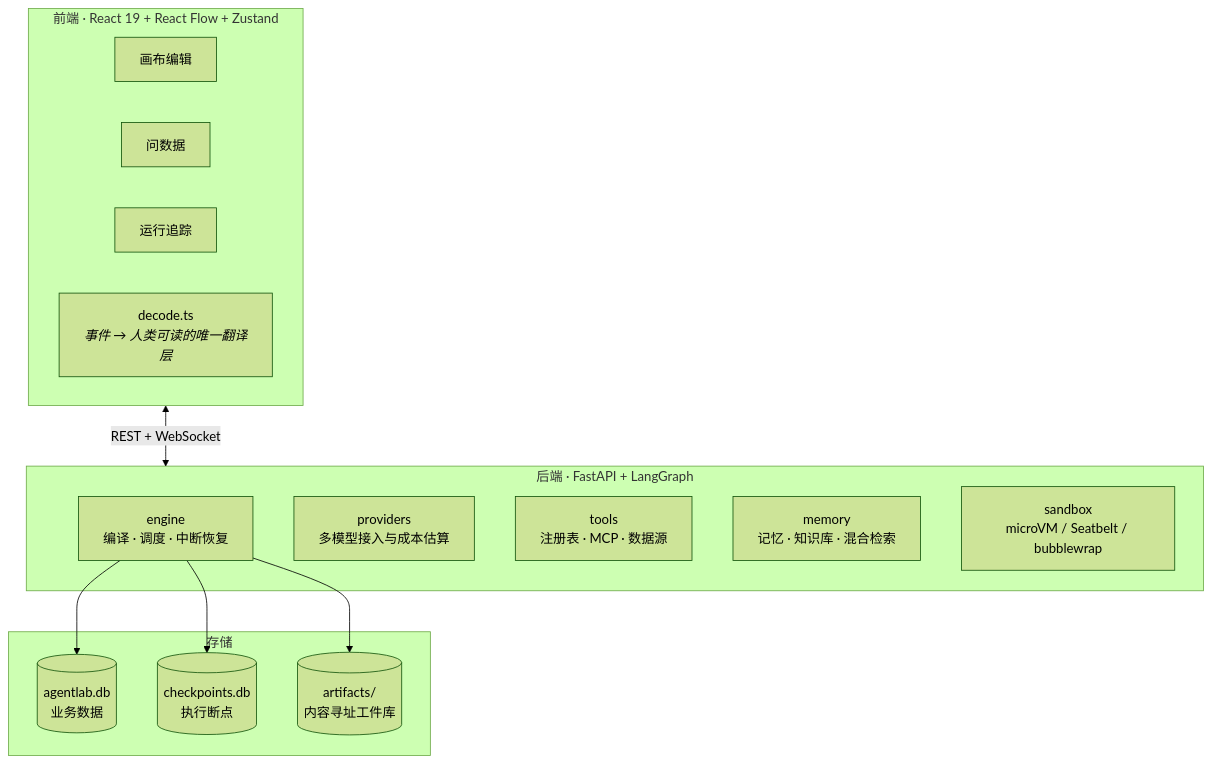
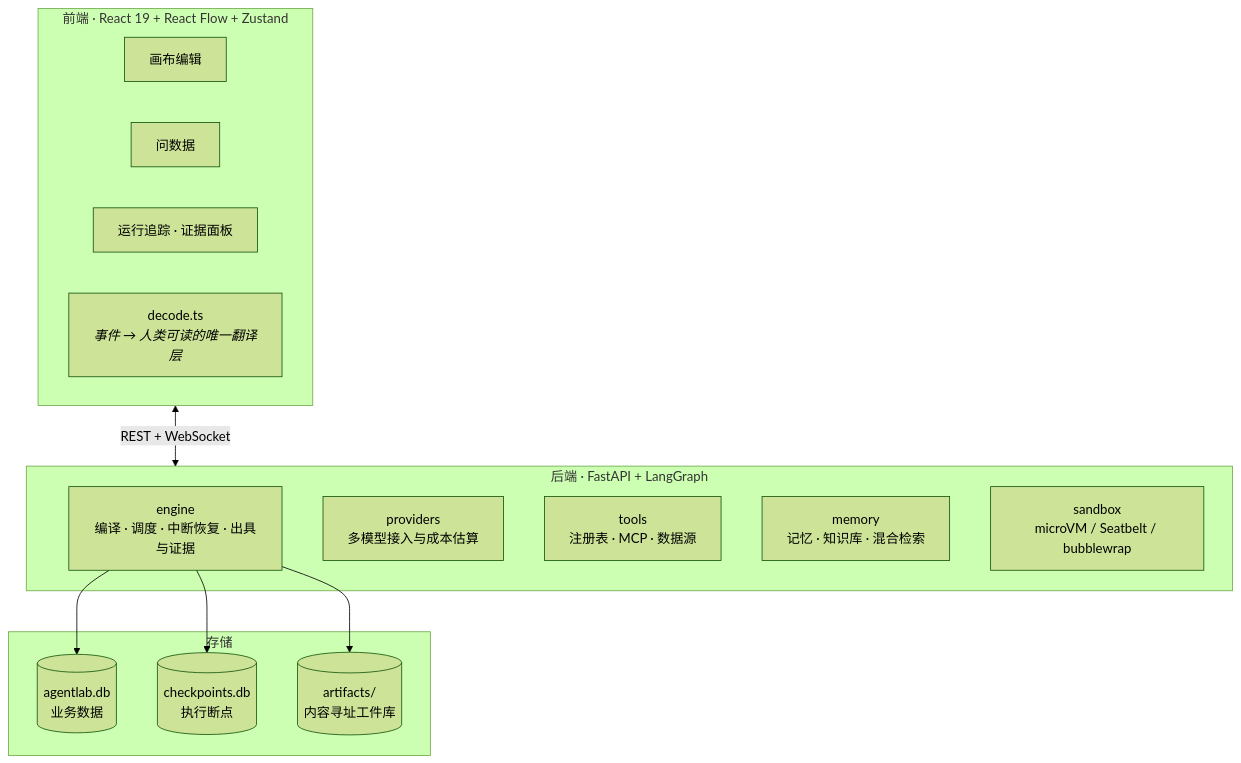
Before and after one commit to ThearchyHelios/AgentLab: the third of 3 diagrams in README.md, drawn with Mermaid (forest theme). The commit also changed other lines of this file and 5 other files, not shown here.

First line of the commit message:
README 更新到最新：可点击证据、受管门禁与发布前修复、agent 护栏、测试与检查的新跑法；图片重拍

````diff
--- a/README.md
+++ b/README.md
@@ -199,23 +282,23 @@
 ```mermaid
 flowchart TB
     subgraph FE["前端 · React 19 + React Flow + Zustand"]
         F1["画布编辑"]
         F2["问数据"]
-        F3["运行追踪"]
+        F3["运行追踪 · 证据面板"]
         F4["decode.ts<br/><i>事件 → 人类可读的唯一翻译层</i>"]
     end
     subgraph BE["后端 · FastAPI + LangGraph"]
-        B1["engine<br/>编译 · 调度 · 中断恢复"]
+        B1["engine<br/>编译 · 调度 · 中断恢复 · 出具与证据"]
         B2["providers<br/>多模型接入与成本估算"]
         B3["tools<br/>注册表 · MCP · 数据源"]
         B4["memory<br/>记忆 · 知识库 · 混合检索"]
         B5["sandbox<br/>microVM / Seatbelt / bubblewrap"]
     end
     subgraph ST["存储"]
         S1[("agentlab.db<br/>业务数据")]
         S2[("checkpoints.db<br/>执行断点")]
         S3[("artifacts/<br/>内容寻址工件库")]
     end
     FE <-->|REST + WebSocket| BE
     B1 --> S1 & S2 & S3
 ```
````
